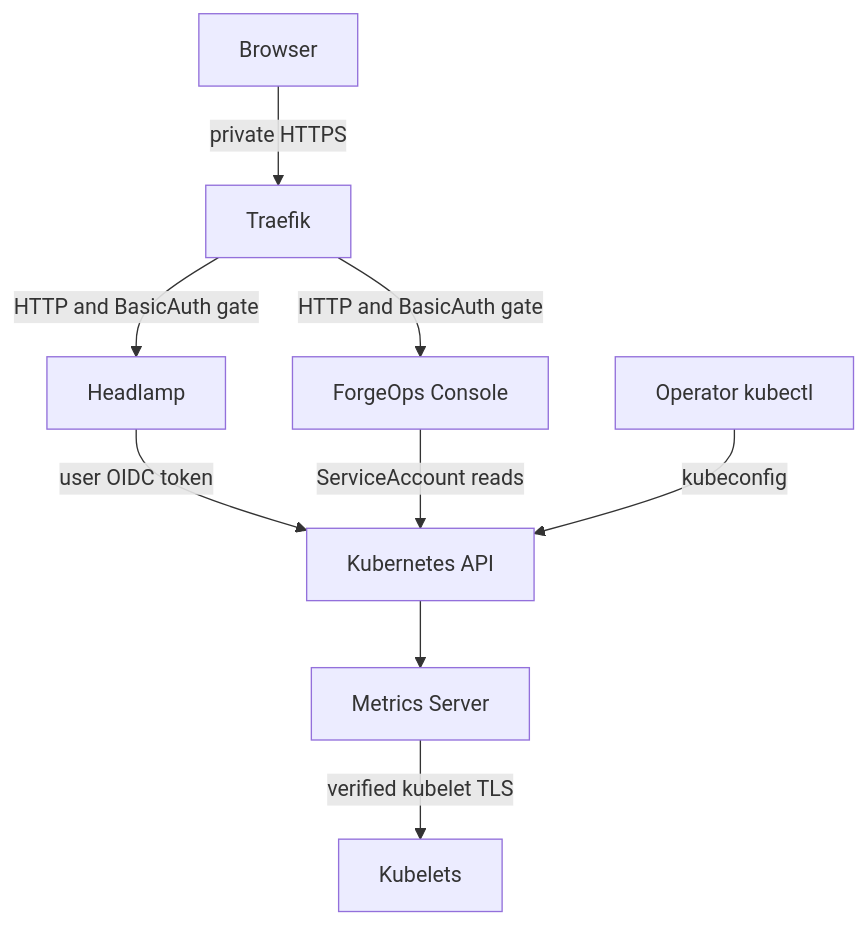
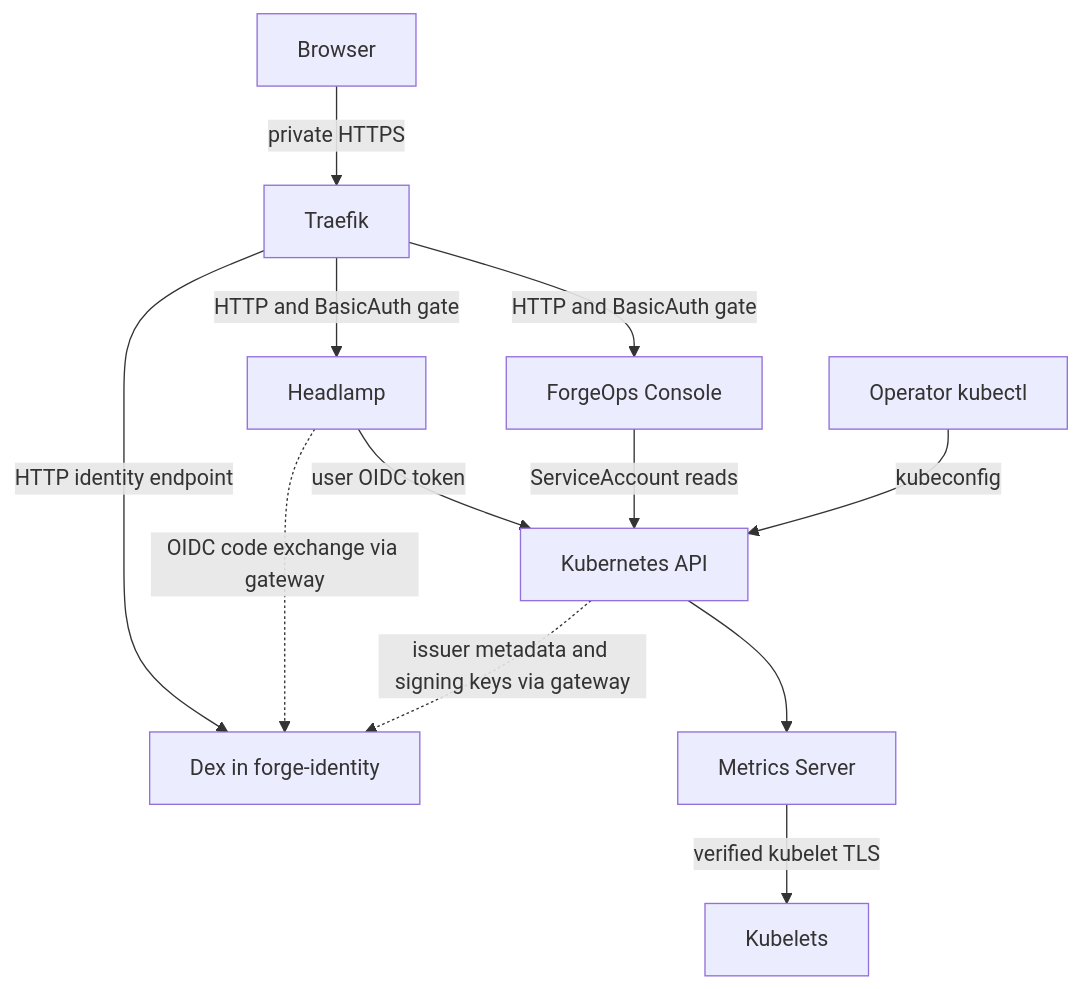
Before and after one commit to wmstipes/The-Foundry-Initiative: the first of 4 diagrams in docs/architecture.md, drawn with Mermaid. The commit also changed other lines of this file, not shown here.

Commit message:
docs: show Dex in the architecture overview

````diff
--- a/docs/architecture.md
+++ b/docs/architecture.md
@@ -26,11 +28,14 @@
 ```mermaid
 flowchart TD
     Browser["Browser"] -->|private HTTPS| Gateway["Traefik"]
     Gateway -->|HTTP and BasicAuth gate| Headlamp["Headlamp"]
     Gateway -->|HTTP and BasicAuth gate| Console["ForgeOps Console"]
+    Gateway -->|HTTP identity endpoint| Dex["Dex in forge-identity"]
+    Headlamp -.->|OIDC code exchange via gateway| Dex
     Headlamp -->|user OIDC token| APIServer["Kubernetes API"]
+    APIServer -.->|issuer metadata and signing keys via gateway| Dex
     Console -->|ServiceAccount reads| APIServer
     Operator["Operator kubectl"] -->|kubeconfig| APIServer
     APIServer --> MetricsServer["Metrics Server"]
     MetricsServer -->|verified kubelet TLS| Kubelets["Kubelets"]
 ```
````
